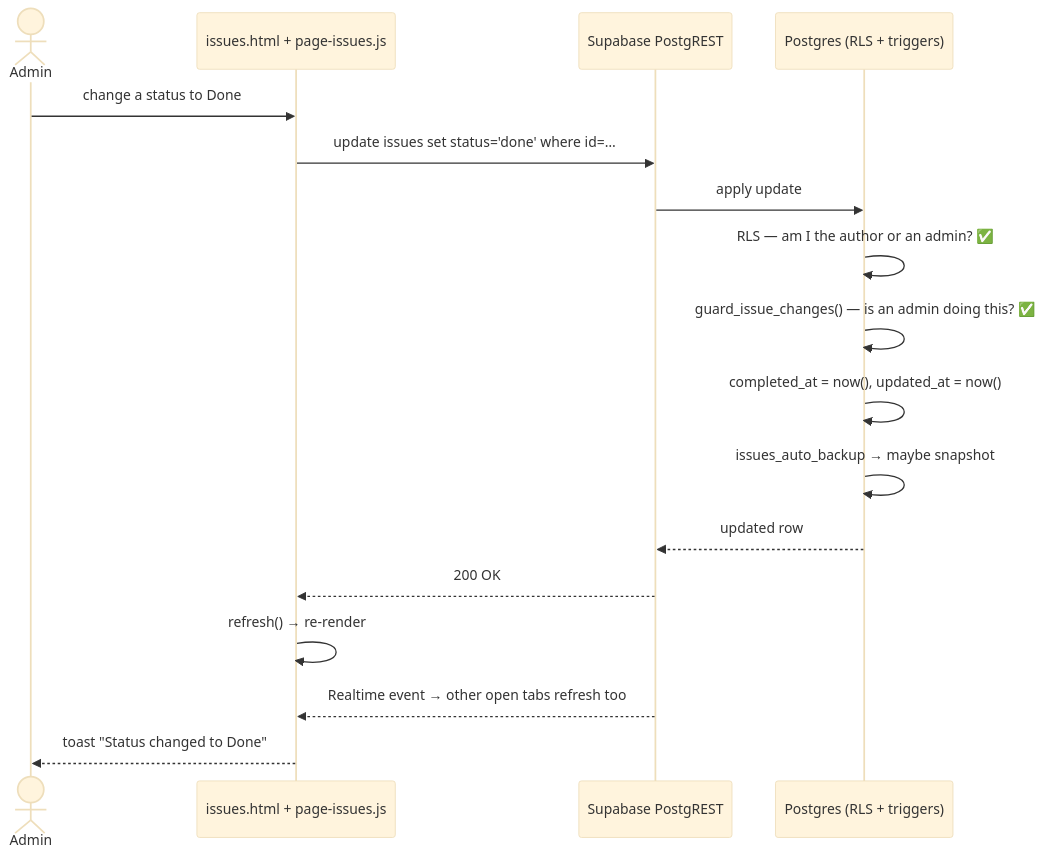
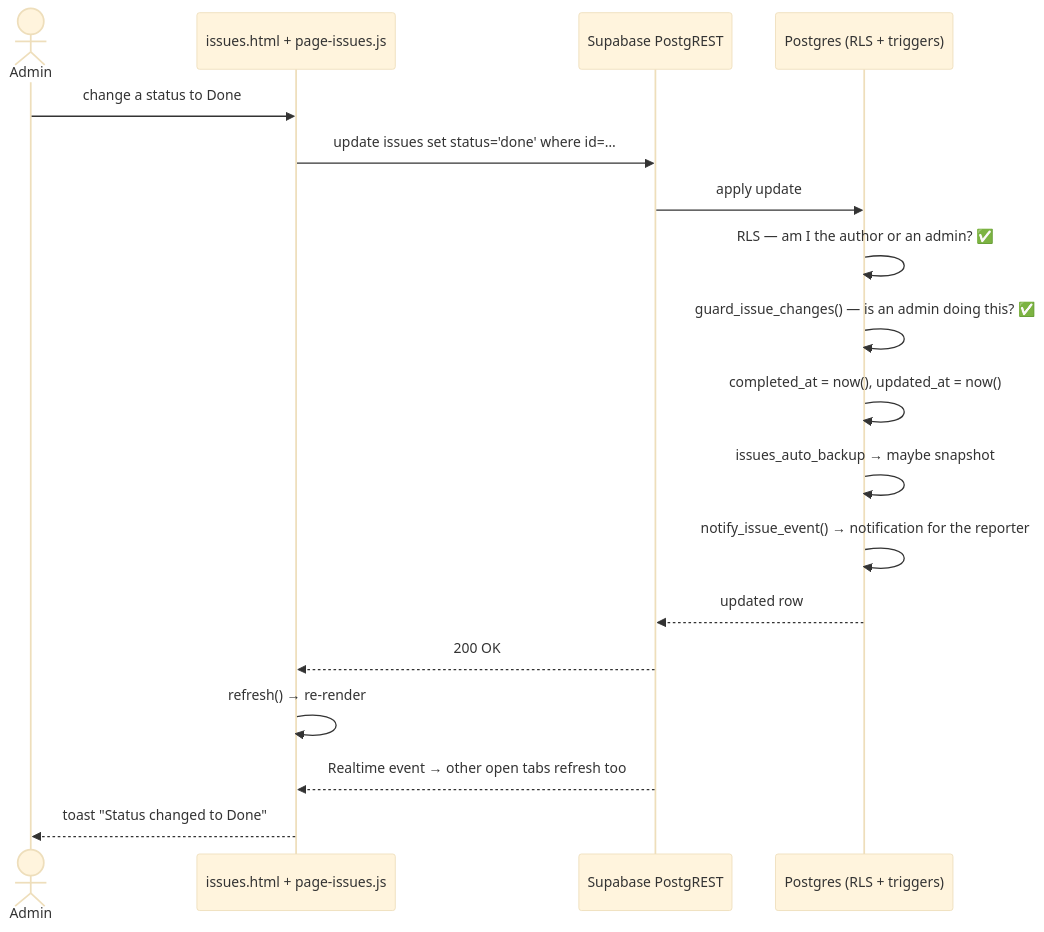
Before and after one commit to rawrmeo/issue-tracker: diagram 12 of 15 in ARCHITECTURE.md, drawn with Mermaid (base theme). The commit also changed other lines of this file and 5 other files, not shown here.

````diff
--- a/ARCHITECTURE.md
+++ b/ARCHITECTURE.md
@@ -290,20 +381,21 @@
 ```mermaid
 sequenceDiagram
   actor U as Admin
   participant Page as issues.html + page-issues.js
   participant API as Supabase PostgREST
   participant DB as Postgres (RLS + triggers)
 
   U->>Page: change a status to Done
   Page->>API: update issues set status='done' where id=…
   API->>DB: apply update
   DB->>DB: RLS — am I the author or an admin? ✅
   DB->>DB: guard_issue_changes() — is an admin doing this? ✅
   DB->>DB: completed_at = now(), updated_at = now()
   DB->>DB: issues_auto_backup → maybe snapshot
+  DB->>DB: notify_issue_event() → notification for the reporter
   DB-->>API: updated row
   API-->>Page: 200 OK
   Page->>Page: refresh() → re-render
   API-->>Page: Realtime event → other open tabs refresh too
   Page-->>U: toast "Status changed to Done"
 ```
````
